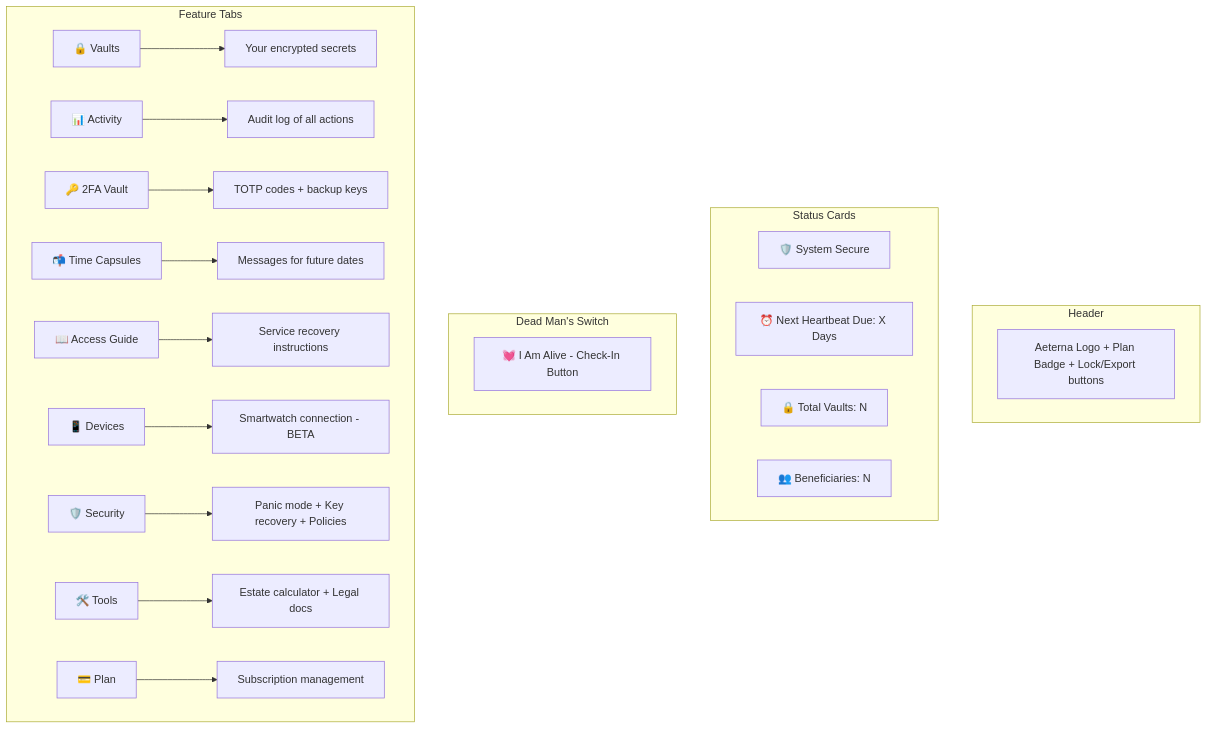
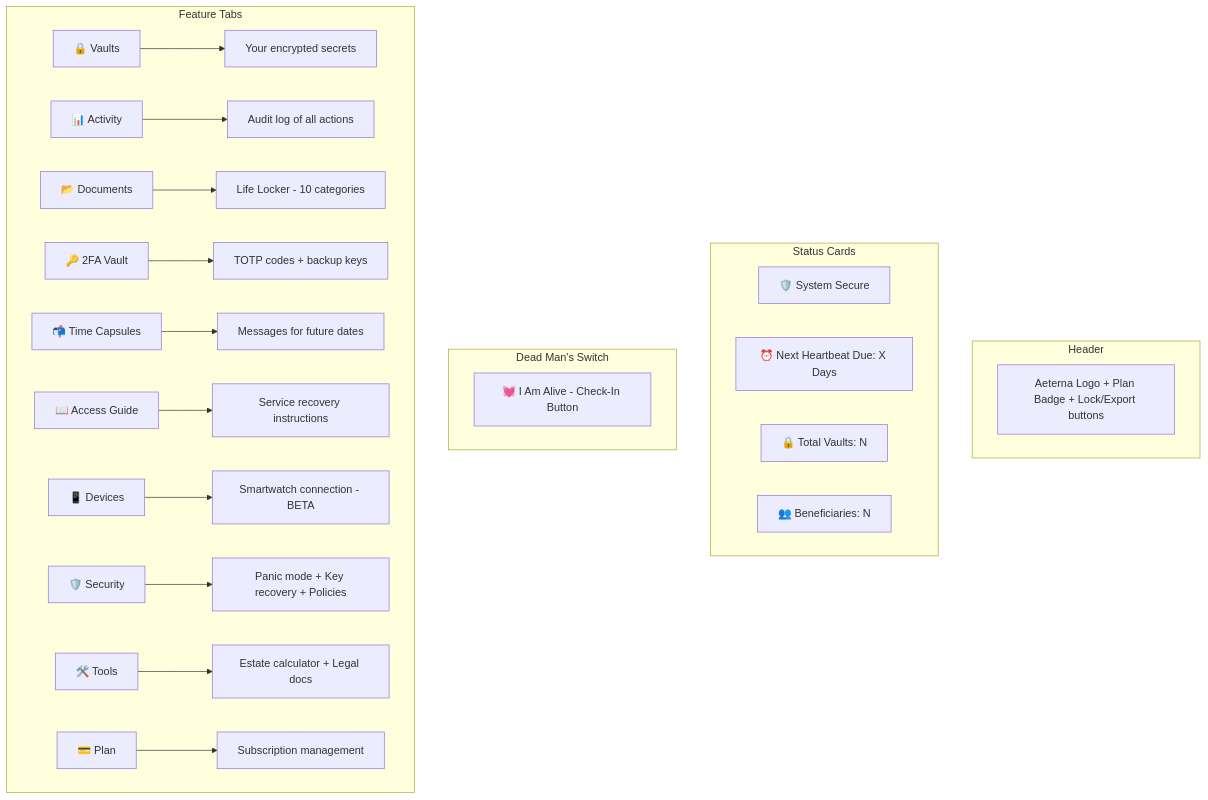
The third of 4 diagrams in README.md (yadakrishna245/Aeterna), drawn with Mermaid before and after one commit. The commit also changed other lines of this file, not shown here.

Commit message:
docs: update README diagrams with Document Vault tab

````diff
--- a/README.md
+++ b/README.md
@@ -82,29 +82,30 @@
 ```mermaid
 flowchart TD
     subgraph Header
         A[Aeterna Logo + Plan Badge + Lock/Export buttons]
     end
     
     subgraph Status[Status Cards]
         B[🛡️ System Secure]
         C[⏰ Next Heartbeat Due: X Days]
         D[🔒 Total Vaults: N]
         E[👥 Beneficiaries: N]
     end
     
     subgraph CheckIn[Dead Man's Switch]
         F[💓 I Am Alive - Check-In Button]
     end
     
     subgraph Tabs[Feature Tabs]
         G[🔒 Vaults] --> G1[Your encrypted secrets]
         H[📊 Activity] --> H1[Audit log of all actions]
+        H2[📂 Documents] --> H3[Life Locker - 10 categories]
         I[🔑 2FA Vault] --> I1[TOTP codes + backup keys]
         J[📬 Time Capsules] --> J1[Messages for future dates]
         K[📖 Access Guide] --> K1[Service recovery instructions]
         L[📱 Devices] --> L1[Smartwatch connection - BETA]
         M[🛡️ Security] --> M1[Panic mode + Key recovery + Policies]
         N[🛠️ Tools] --> N1[Estate calculator + Legal docs]
         O[💳 Plan] --> O1[Subscription management]
     end
 ```
````
